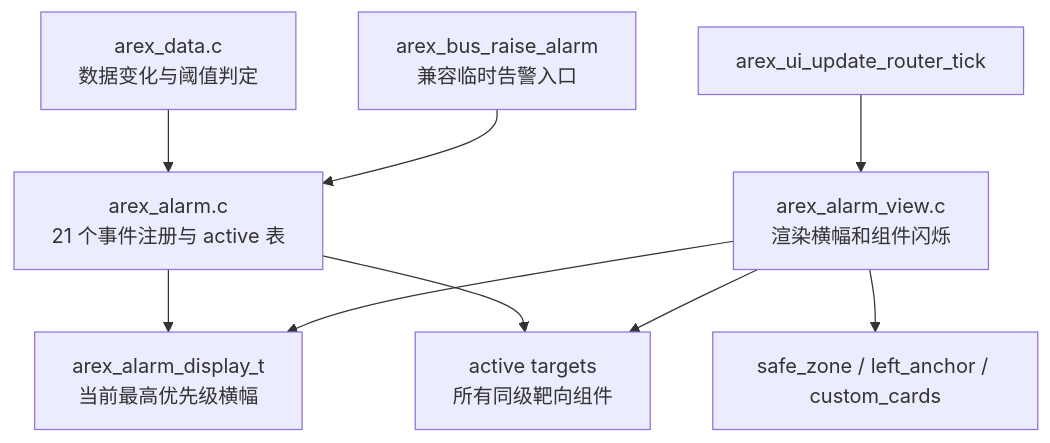
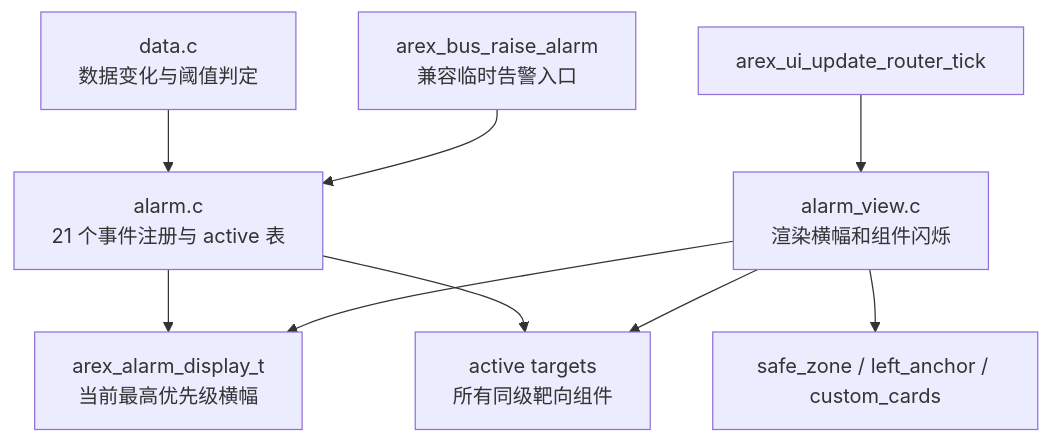
The fifth of 6 diagrams in UI_html_DOC/AREX_UI_MODULE_MAP.md (arexvision/lv_port_win_codeblocks-release-v8.3_hasGroup), drawn with Mermaid before and after one commit. The commit also changed other lines of this file and 62 other files, not shown here.

````diff
--- a/UI_html_DOC/AREX_UI_MODULE_MAP.md
+++ b/UI_html_DOC/AREX_UI_MODULE_MAP.md
@@ -118,11 +118,11 @@
 ```mermaid
 flowchart TD
-    DataLayer["arex_data.c<br/>数据变化与阈值判定"] --> AlarmEngine["arex_alarm.c<br/>21 个事件注册与 active 表"]
+    DataLayer["data.c<br/>数据变化与阈值判定"] --> AlarmEngine["alarm.c<br/>21 个事件注册与 active 表"]
     Compat["arex_bus_raise_alarm<br/>兼容临时告警入口"] --> AlarmEngine
     AlarmEngine --> Display["arex_alarm_display_t<br/>当前最高优先级横幅"]
     AlarmEngine --> Targets["active targets<br/>所有同级靶向组件"]
-    UpdateRouter["arex_ui_update_router_tick"] --> AlarmView["arex_alarm_view.c<br/>渲染横幅和组件闪烁"]
+    UpdateRouter["arex_ui_update_router_tick"] --> AlarmView["alarm_view.c<br/>渲染横幅和组件闪烁"]
     AlarmView --> Display
     AlarmView --> Targets
     AlarmView --> ScreenObjects["safe_zone / left_anchor / custom_cards"]
 ```
````
